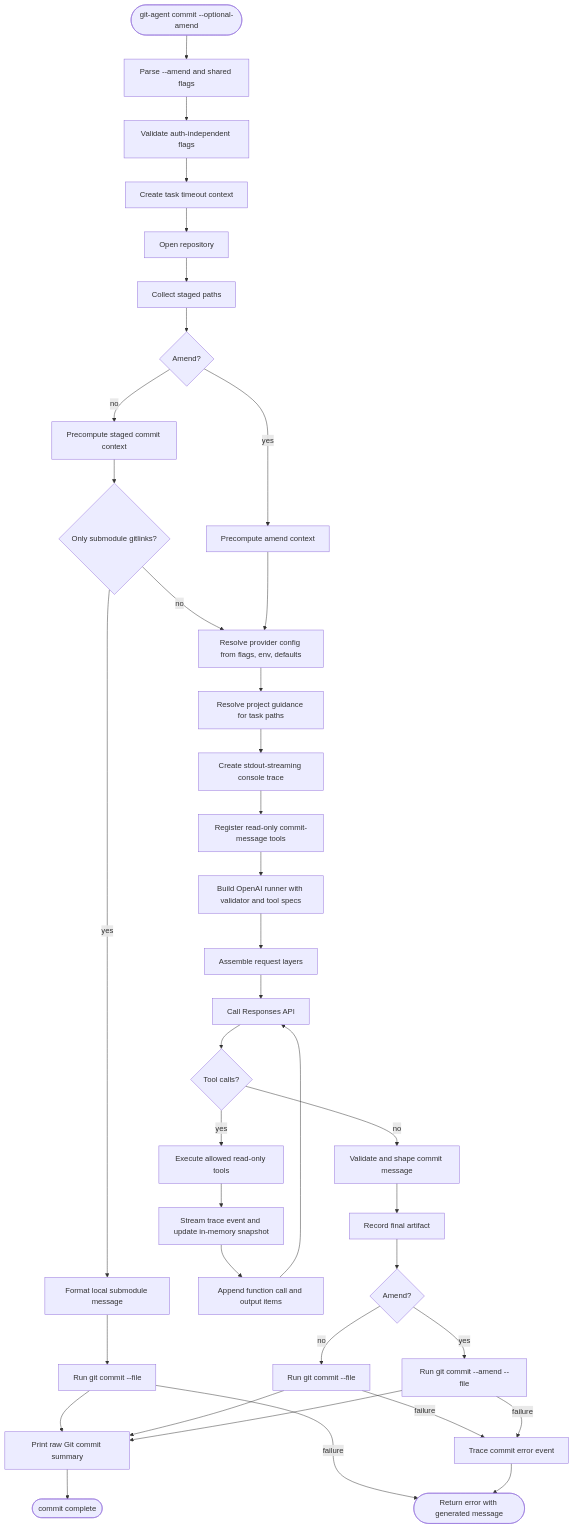
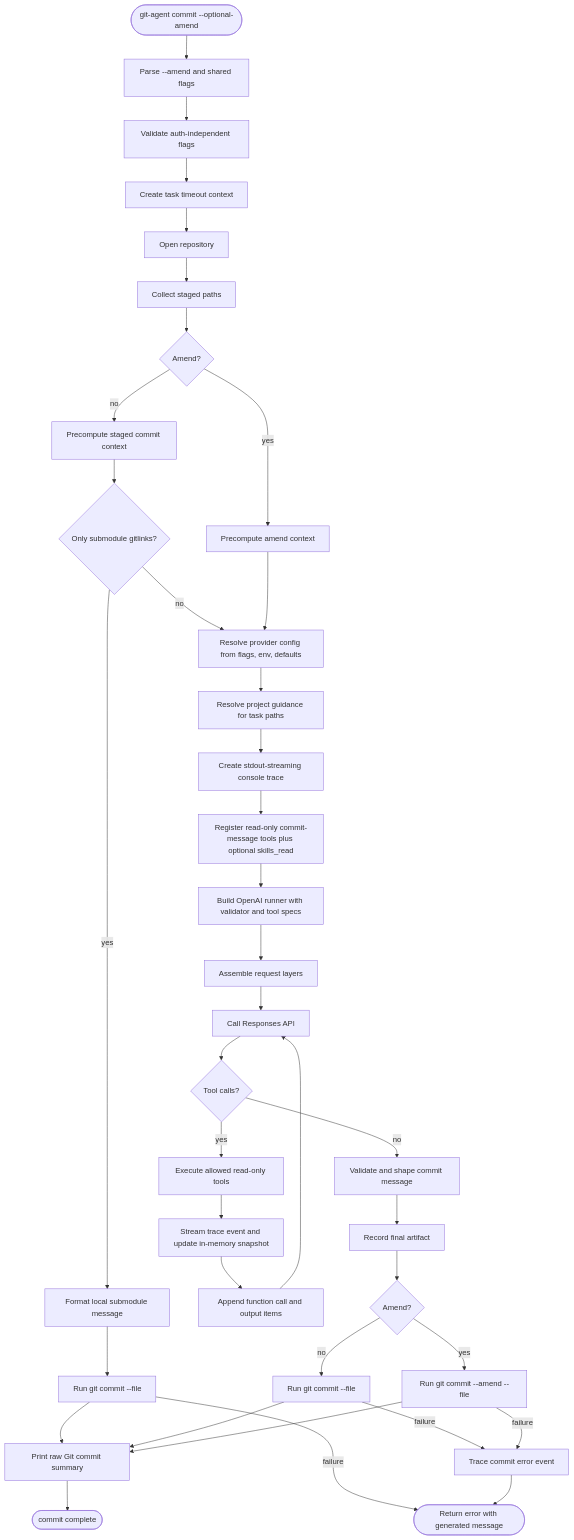
The third of 5 diagrams in docs/spec.md (yusing/git-agent), drawn with Mermaid before and after one commit. The commit also changed other lines of this file and 11 other files, not shown here.

First line of the commit message:
feat(skills): expose discovered skills to message generation

````diff
--- a/docs/spec.md
+++ b/docs/spec.md
@@ -604,40 +607,40 @@
 ```mermaid
 flowchart TD
     Start([git-agent commit --optional-amend]) --> Parse[Parse --amend and shared flags]
     Parse --> LocalConfig[Validate auth-independent flags]
     LocalConfig --> Timeout[Create task timeout context]
     Timeout --> OpenRepo[Open repository]
     OpenRepo --> StagedPaths[Collect staged paths]
     StagedPaths --> Mode{Amend?}
     Mode -- no --> Prepare[Precompute staged commit context]
     Mode -- yes --> PrepareAmend[Precompute amend context]
     Prepare --> SubmoduleOnly{Only submodule gitlinks?}
     SubmoduleOnly -- yes --> LocalMessage[Format local submodule message]
     LocalMessage --> LocalGitCommit[Run git commit --file]
     LocalGitCommit --> Summary
     LocalGitCommit -- failure --> Manual
     SubmoduleOnly -- no --> Resolve[Resolve provider config from flags, env, defaults]
     PrepareAmend --> Resolve
     Resolve --> Guidance[Resolve project guidance for task paths]
     Guidance --> Trace[Create stdout-streaming console trace]
-    Trace --> Registry[Register read-only commit-message tools]
+    Trace --> Registry[Register read-only commit-message tools plus optional skills_read]
     Registry --> Runner[Build OpenAI runner with validator and tool specs]
     Runner --> Request[Assemble request layers]
     Request --> Model[Call Responses API]
     Model --> ToolDecision{Tool calls?}
     ToolDecision -- yes --> ExecuteTools[Execute allowed read-only tools]
     ExecuteTools --> RecordTools[Stream trace event and update in-memory snapshot]
     RecordTools --> Continue[Append function call and output items]
     Continue --> Model
     ToolDecision -- no --> Validate[Validate and shape commit message]
     Validate --> FinalTrace[Record final artifact]
     FinalTrace --> Commit{Amend?}
     Commit -- no --> GitCommit[Run git commit --file]
     Commit -- yes --> GitAmend[Run git commit --amend --file]
     GitCommit --> Summary[Print raw Git commit summary]
     GitAmend --> Summary
     Summary --> Done([commit complete])
     GitCommit -- failure --> ErrorTrace[Trace commit error event]
     GitAmend -- failure --> ErrorTrace
     ErrorTrace --> Manual([Return error with generated message])
 ```
````
